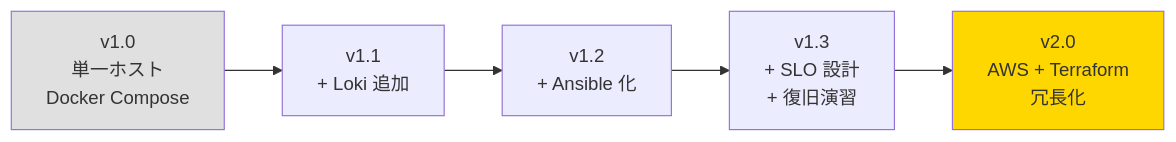
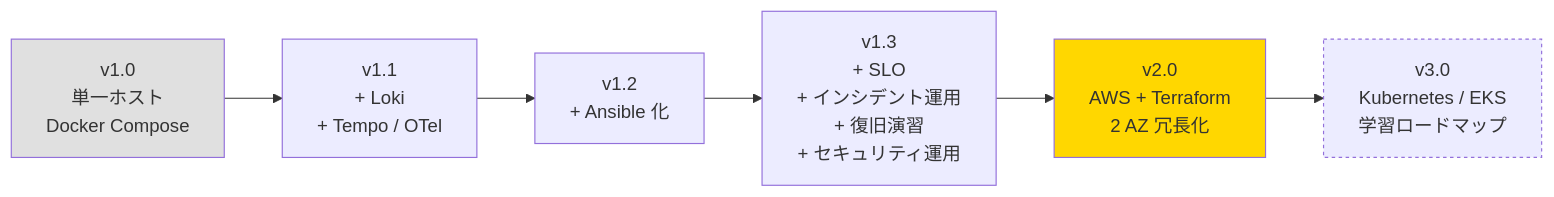
Before and after one commit to ns7jp/ns7jp: the third of 3 diagrams in docs/architecture-diagram.md, drawn with Mermaid. The commit also changed other lines of this file and 11 other files, not shown here.

````diff
--- a/docs/architecture-diagram.md
+++ b/docs/architecture-diagram.md
@@ -113,13 +119,16 @@
 ```mermaid
 flowchart LR
     V10[v1.0<br/>単一ホスト<br/>Docker Compose] --> V11
 
-    V11[v1.1<br/>+ Loki 追加] --> V12
+    V11[v1.1<br/>+ Loki<br/>+ Tempo / OTel] --> V12
     V12[v1.2<br/>+ Ansible 化] --> V13
-    V13[v1.3<br/>+ SLO 設計<br/>+ 復旧演習] --> V20
+    V13[v1.3<br/>+ SLO<br/>+ インシデント運用<br/>+ 復旧演習<br/>+ セキュリティ運用] --> V20
 
-    V20[v2.0<br/>AWS + Terraform<br/>冗長化]
+    V20[v2.0<br/>AWS + Terraform<br/>2 AZ 冗長化] --> V30
+
+    V30[v3.0<br/>Kubernetes / EKS<br/>学習ロードマップ]
 
     style V10 fill:#e0e0e0
     style V20 fill:#ffd700
+    style V30 stroke-dasharray: 3 3
 ```
````
